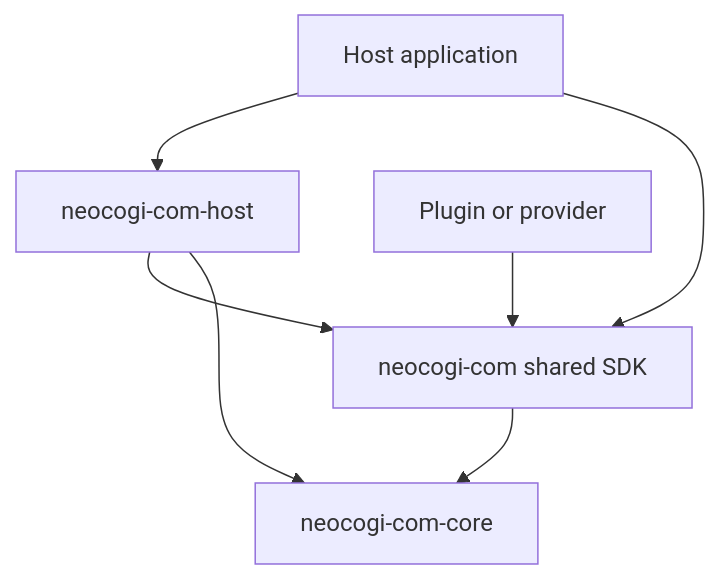
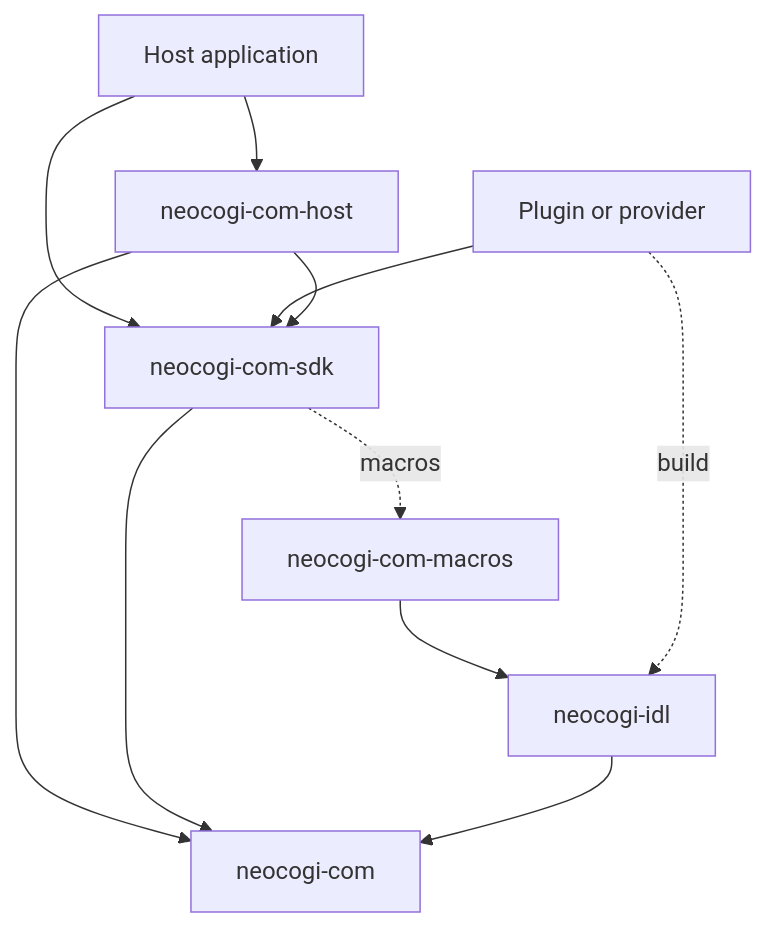
Before and after one commit to NeoCogi/neocogi-com: the diagram in docs/COM.md, drawn with Mermaid. The commit also changed other lines of this file and 302 other files, not shown here.

First line of the commit message:
Name the portable base neocogi-com and the Rust SDK neocogi-com-sdk

````diff
--- a/docs/COM.md
+++ b/docs/COM.md
@@ -96,9 +100,13 @@
 ```mermaid
 flowchart TD
     App[Host application] --> Host[neocogi-com-host]
-    App --> SDK[neocogi-com shared SDK]
+    App --> SDK[neocogi-com-sdk]
     Provider[Plugin or provider] --> SDK
     Host --> SDK
-    Host --> Core[neocogi-com-core]
-    SDK --> Core
+    Host --> Base[neocogi-com]
+    SDK --> Base
+    SDK -.->|macros| Macros[neocogi-com-macros]
+    Macros --> IDL[neocogi-idl]
+    IDL --> Base
+    Provider -.->|build| IDL
 ```
````
